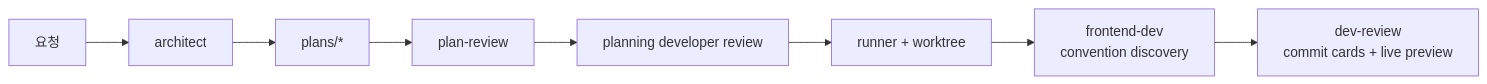
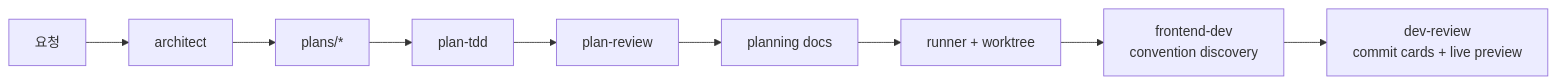
Diagram 14 of 14 in docs/claude-code-workflow-evolution.md (SeoJaeWan/try-claude-code), drawn with Mermaid before and after one commit. The commit also changed other lines of this file and 23 other files, not shown here.

````diff
--- a/docs/claude-code-workflow-evolution.md
+++ b/docs/claude-code-workflow-evolution.md
@@ -815,13 +815,14 @@
 ```mermaid
 flowchart LR
     U["요청"]
     ARCH["architect"]
     PLAN["plans/*"]
+    MAT["plan-tdd"]
     COLD["plan-review"]
-    PLANREV["planning developer review"]
+    PLANREV["planning docs"]
     RUN["runner + worktree"]
     FE["frontend-dev<br/>convention discovery"]
     IMPREV["dev-review<br/>commit cards + live preview"]
 
-    U --> ARCH --> PLAN --> COLD --> PLANREV --> RUN --> FE --> IMPREV
+    U --> ARCH --> PLAN --> MAT --> COLD --> PLANREV --> RUN --> FE --> IMPREV
 ```
````
